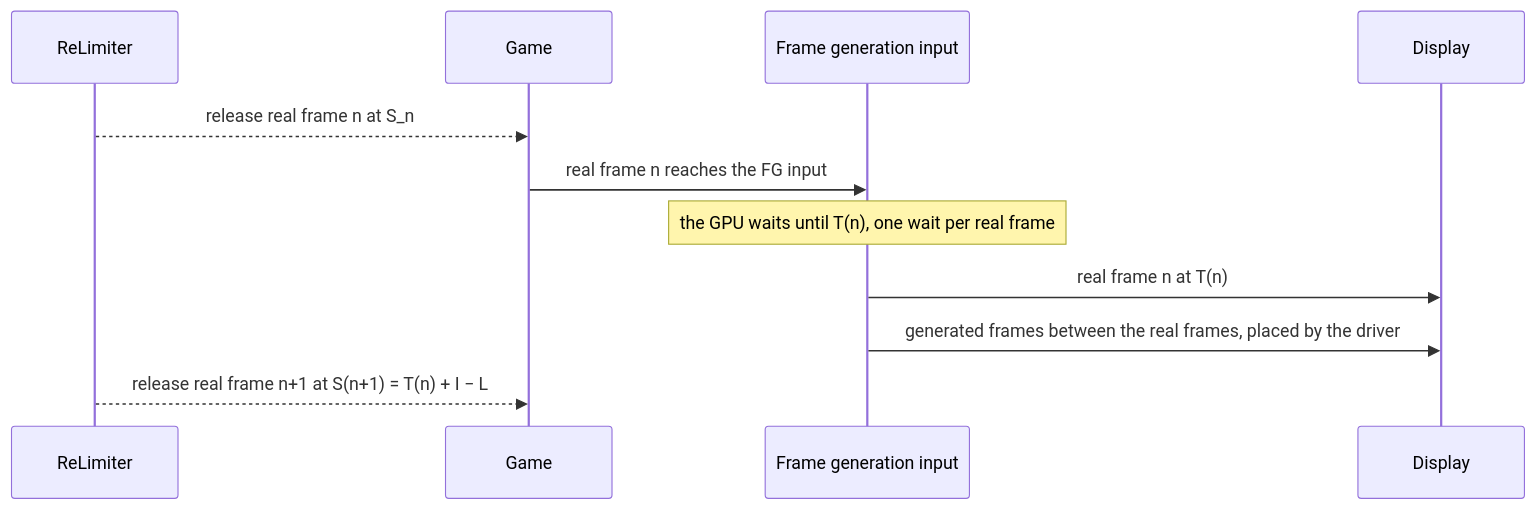
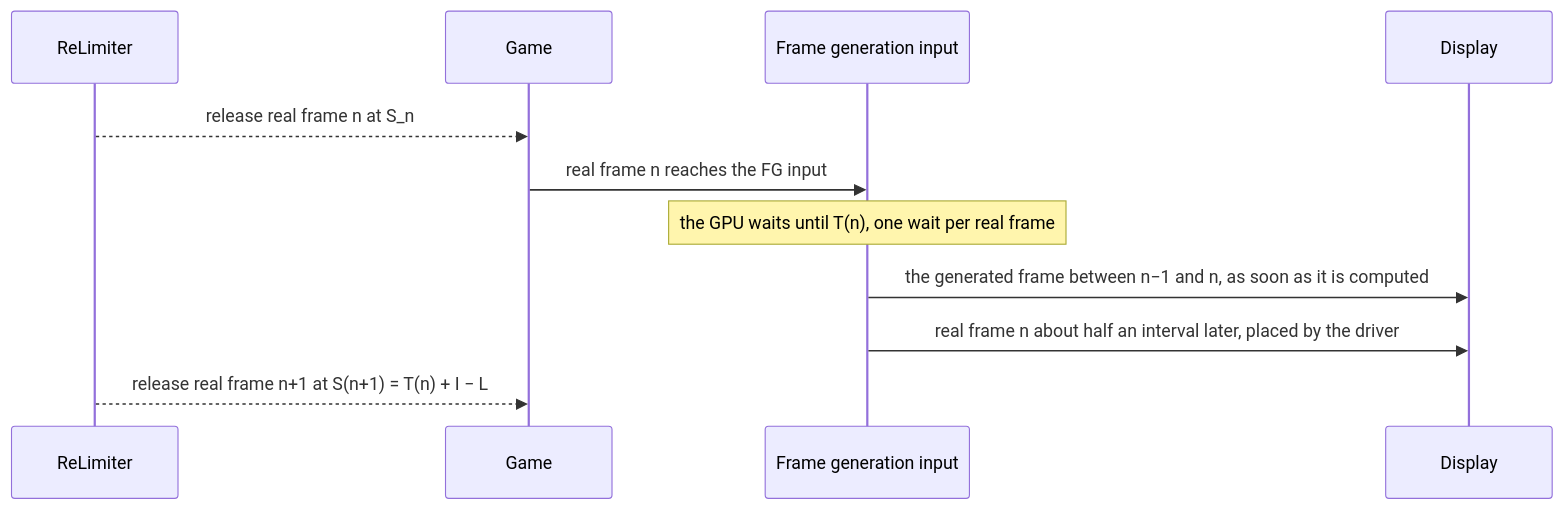
Before and after one commit to RankFTW/ReLimiter: diagram 11 of 12 in docs/FRAME_PACING.md, drawn with Mermaid. The commit also changed other lines of this file and 30 other files, not shown here.

First line of the commit message:
GPU-paced cadence: release held frames on a smoothed GPU rhythm; drop the Present-end gate; label DLSS-G real frames correctly

````diff
--- a/docs/FRAME_PACING.md
+++ b/docs/FRAME_PACING.md
@@ -538,13 +536,13 @@
 ```mermaid
 sequenceDiagram
     participant RL as ReLimiter
     participant Game
     participant FG as Frame generation input
     participant Disp as Display
     RL-->>Game: release real frame n at S_n
     Game->>FG: real frame n reaches the FG input
     Note over FG: the GPU waits until T(n), one wait per real frame
-    FG->>Disp: real frame n at T(n)
-    FG->>Disp: generated frames between the real frames, placed by the driver
+    FG->>Disp: the generated frame between n−1 and n, as soon as it is computed
+    FG->>Disp: real frame n about half an interval later, placed by the driver
     RL-->>Game: release real frame n+1 at S(n+1) = T(n) + I − L
 ```
````
